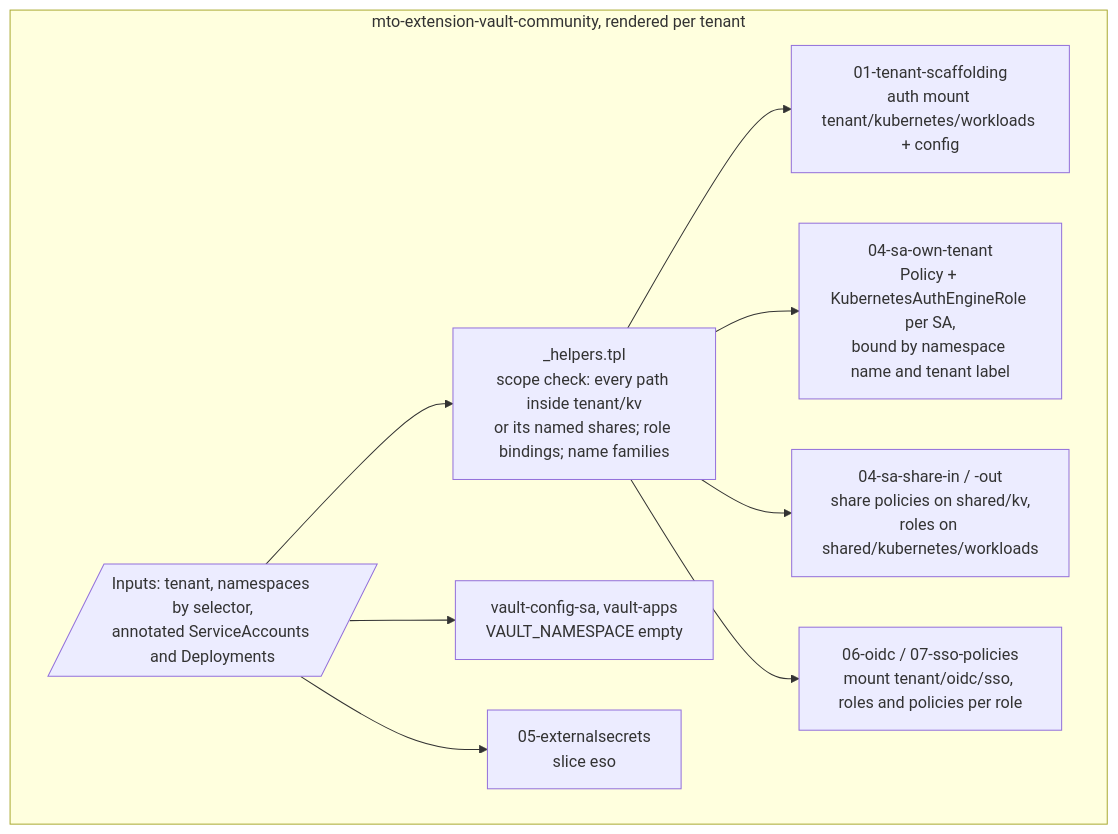
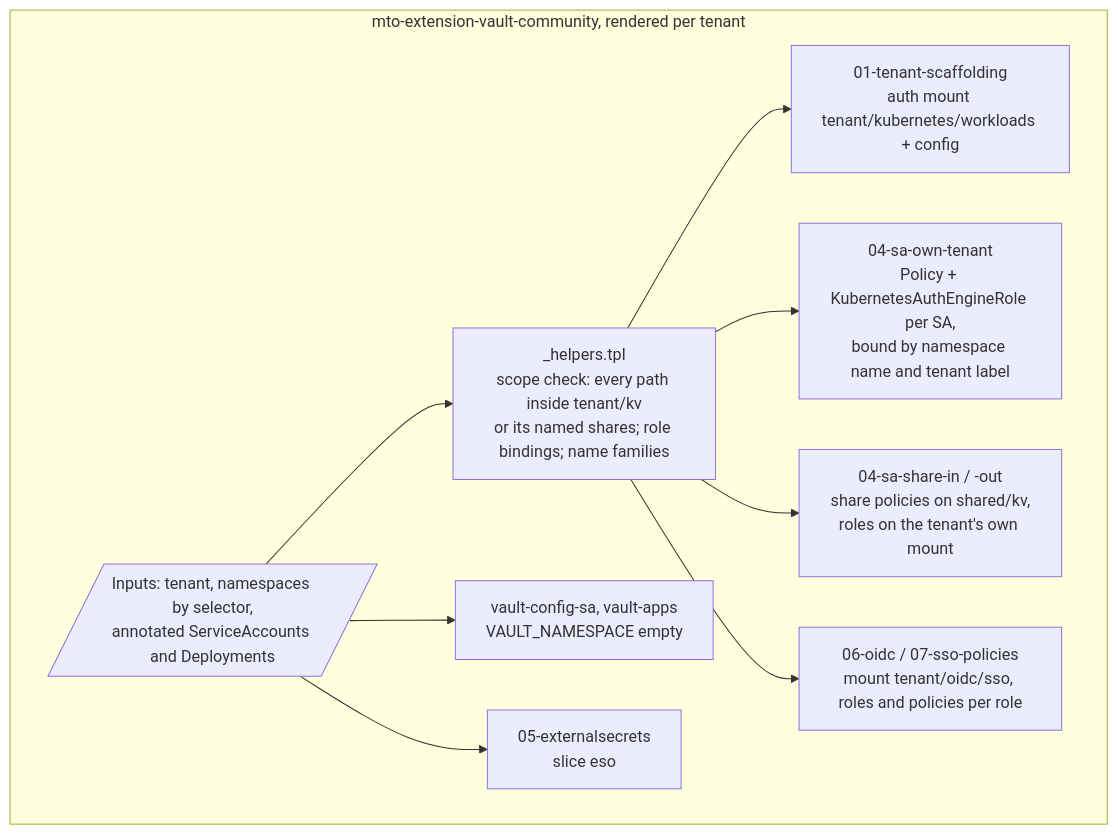
One commit to stakater/mto-extension-vault-community changed the third of 6 diagrams in docs/diagrams.md. Above: the diagram before and after it, drawn with Mermaid. The commit also changed other lines of this file and 43 other files, not shown here.

````diff
--- a/docs/diagrams.md
+++ b/docs/diagrams.md
@@ -76,15 +75,15 @@
 ```mermaid
 flowchart TB
   subgraph Chart[mto-extension-vault-community, rendered per tenant]
     IN[/Inputs: tenant, namespaces by selector,<br/>annotated ServiceAccounts and Deployments/]
     SCOPE[_helpers.tpl<br/>scope check: every path inside tenant/kv<br/>or its named shares; role bindings; name families]
     AUTH[01-tenant-scaffolding<br/>auth mount tenant/kubernetes/workloads + config]
     SA[04-sa-own-tenant<br/>Policy + KubernetesAuthEngineRole per SA,<br/>bound by namespace name and tenant label]
-    SH[04-sa-share-in / -out<br/>share policies on shared/kv,<br/>roles on shared/kubernetes/workloads]
+    SH[04-sa-share-in / -out<br/>share policies on shared/kv,<br/>roles on the tenant's own mount]
     SSO[06-oidc / 07-sso-policies<br/>mount tenant/oidc/sso, roles and policies per role]
     CM[vault-config-sa, vault-apps<br/>VAULT_NAMESPACE empty]
     ES[05-externalsecrets<br/>slice eso]
   end
   IN --> SCOPE --> AUTH & SA & SH & SSO
   IN --> CM & ES
 ```
````
